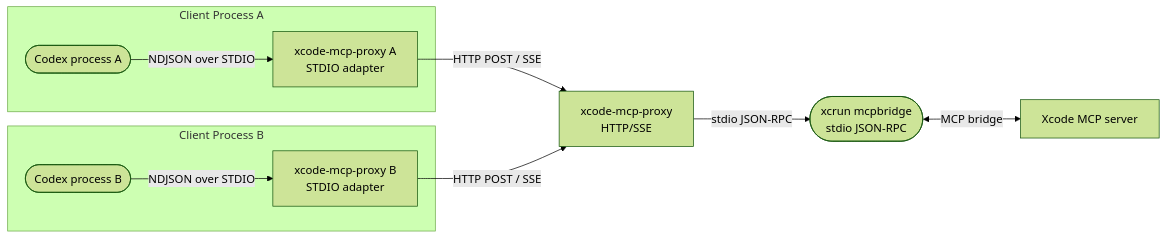
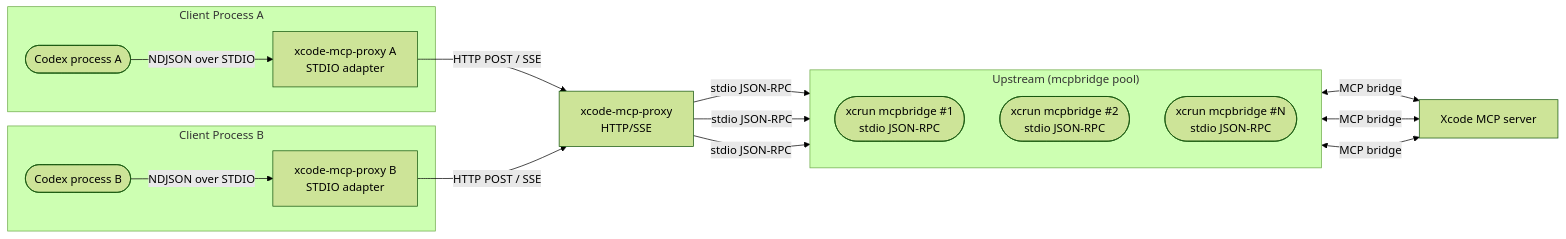
The second of 2 diagrams in Docs/architecture.md (romanr/XcodeMCPKit), drawn with Mermaid (forest theme) before and after one commit. The commit also changed other lines of this file and 11 other files, not shown here.

Commit message:
Add multiplexed upstream mcpbridge processes

````diff
--- a/Docs/architecture.md
+++ b/Docs/architecture.md
@@ -31,23 +40,32 @@
 ```mermaid
 flowchart LR
   subgraph A["Client Process A"]
     clientA(["Codex process A"])
     adapterA["xcode-mcp-proxy A<br/>STDIO adapter"]
     clientA -->|NDJSON over STDIO| adapterA
   end
 
   subgraph B["Client Process B"]
     clientB(["Codex process B"])
     adapterB["xcode-mcp-proxy B<br/>STDIO adapter"]
     clientB -->|NDJSON over STDIO| adapterB
   end
 
   proxy["xcode-mcp-proxy<br/>HTTP/SSE"]
-  upstream(["xcrun mcpbridge<br/>stdio JSON-RPC"])
+  subgraph Upstreams["Upstream (mcpbridge pool)"]
+    direction TB
+    upstream1(["xcrun mcpbridge #1<br/>stdio JSON-RPC"])
+    upstream2(["xcrun mcpbridge #2<br/>stdio JSON-RPC"])
+    upstreamN(["xcrun mcpbridge #N<br/>stdio JSON-RPC"])
+  end
   xcode["Xcode MCP server"]
 
   adapterA -->|HTTP POST / SSE| proxy
   adapterB -->|HTTP POST / SSE| proxy
-  proxy -->|stdio JSON-RPC| upstream
-  upstream <--> |MCP bridge| xcode
+  proxy -->|stdio JSON-RPC| upstream1
+  proxy -->|stdio JSON-RPC| upstream2
+  proxy -->|stdio JSON-RPC| upstreamN
+  upstream1 <--> |MCP bridge| xcode
+  upstream2 <--> |MCP bridge| xcode
+  upstreamN <--> |MCP bridge| xcode
 ```
````
